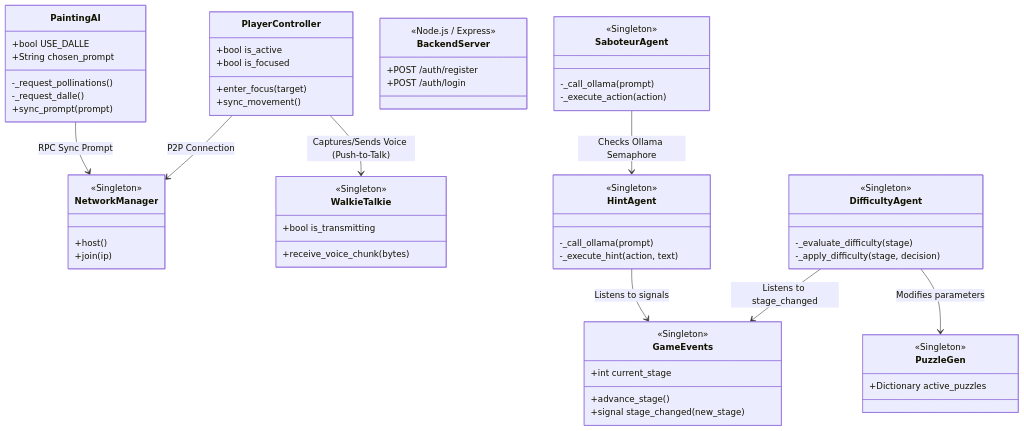
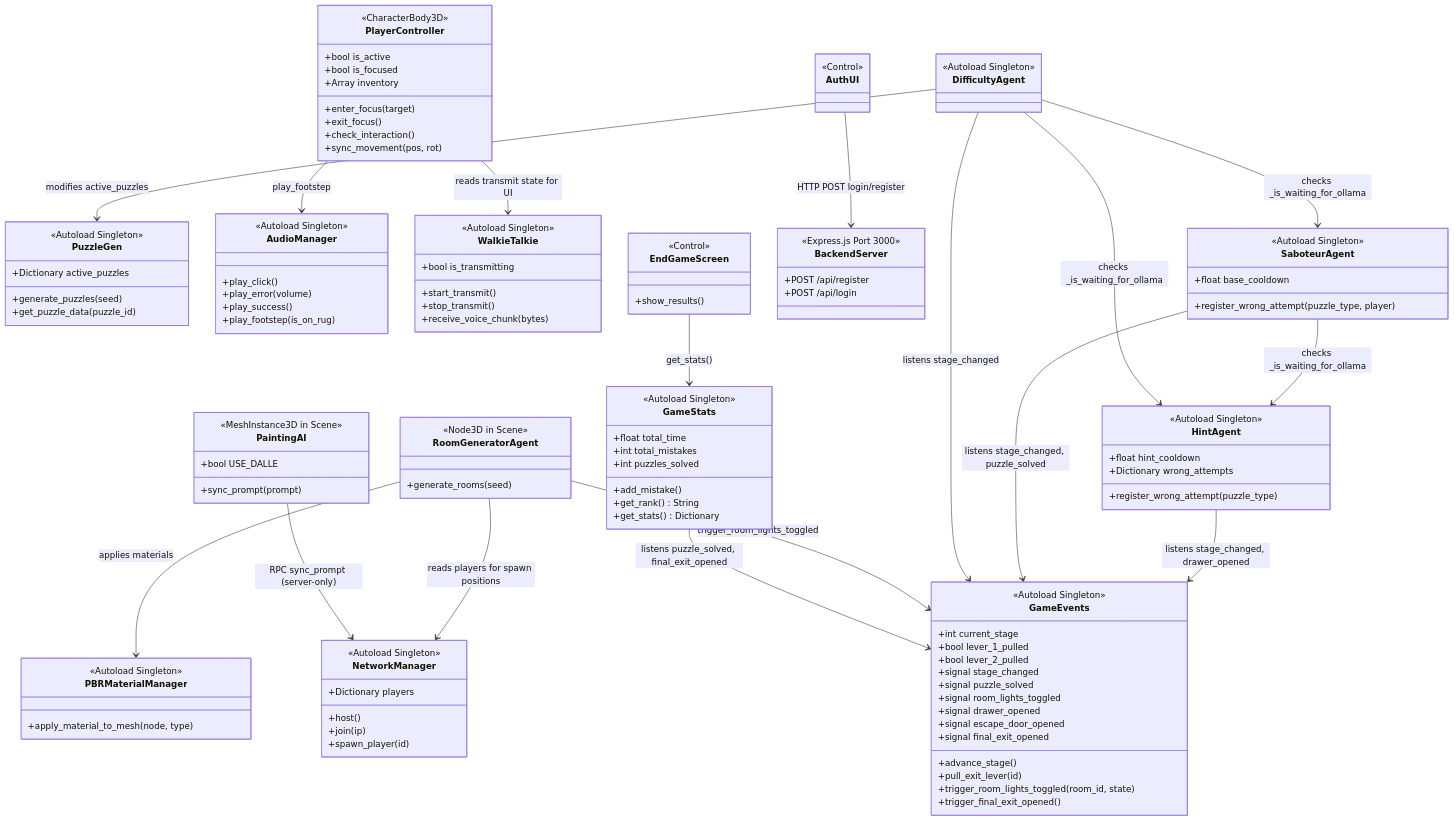
Before and after one commit to neica200/Echo-Chamber-Coop: the first of 10 diagrams in diagrame_arhitectura.md, drawn with Mermaid. The commit also changed other lines of this file, not shown here.

Commit message:
update diagrams

````diff
--- a/diagrame_arhitectura.md
+++ b/diagrame_arhitectura.md
@@ -5,73 +5,136 @@
 ```mermaid
 classDiagram
     class GameEvents {
-        <<Singleton>>
+        <<Autoload Singleton>>
         +int current_stage
+        +bool lever_1_pulled
+        +bool lever_2_pulled
         +advance_stage()
-        +signal stage_changed(new_stage)
+        +pull_exit_lever(id)
+        +trigger_room_lights_toggled(room_id, state)
+        +trigger_final_exit_opened()
+        +signal stage_changed
+        +signal puzzle_solved
+        +signal room_lights_toggled
+        +signal drawer_opened
+        +signal escape_door_opened
+        +signal final_exit_opened
     }
 
     class PuzzleGen {
-        <<Singleton>>
+        <<Autoload Singleton>>
         +Dictionary active_puzzles
+        +generate_puzzles(seed)
+        +get_puzzle_data(puzzle_id)
+    }
+
+    class GameStats {
+        <<Autoload Singleton>>
+        +float total_time
+        +int total_mistakes
+        +int puzzles_solved
+        +add_mistake()
+        +get_rank() String
+        +get_stats() Dictionary
+    }
+
+    class AudioManager {
+        <<Autoload Singleton>>
+        +play_click()
+        +play_error(volume)
+        +play_success()
+        +play_footstep(is_on_rug)
+    }
+
+    class PBRMaterialManager {
+        <<Autoload Singleton>>
+        +apply_material_to_mesh(node, type)
     }
 
     class NetworkManager {
-        <<Singleton>>
+        <<Autoload Singleton>>
+        +Dictionary players
         +host()
         +join(ip)
+        +spawn_player(id)
     }
-    
+
     class WalkieTalkie {
-        <<Singleton>>
+        <<Autoload Singleton>>
         +bool is_transmitting
+        +start_transmit()
+        +stop_transmit()
         +receive_voice_chunk(bytes)
     }
 
+    class HintAgent {
+        <<Autoload Singleton>>
+        +float hint_cooldown
+        +Dictionary wrong_attempts
+        +register_wrong_attempt(puzzle_type)
+    }
+
+    class SaboteurAgent {
+        <<Autoload Singleton>>
+        +float base_cooldown
+        +register_wrong_attempt(puzzle_type, player)
+    }
+
+    class DifficultyAgent {
+        <<Autoload Singleton>>
+    }
+
+    class RoomGeneratorAgent {
+        <<Node3D in Scene>>
+        +generate_rooms(seed)
+    }
+
     class PaintingAI {
+        <<MeshInstance3D in Scene>>
         +bool USE_DALLE
-        +String chosen_prompt
-        -_request_pollinations()
-        -_request_dalle()
         +sync_prompt(prompt)
     }
 
-    class HintAgent {
-        <<Singleton>>
-        -_call_ollama(prompt)
-        -_execute_hint(action, text)
-    }
-
-    class SaboteurAgent {
-        <<Singleton>>
-        -_call_ollama(prompt)
-        -_execute_action(action)
-    }
-
-    class DifficultyAgent {
-        <<Singleton>>
-        -_evaluate_difficulty(stage)
-        -_apply_difficulty(stage, decision)
+    class PlayerController {
+        <<CharacterBody3D>>
+        +bool is_active
+        +bool is_focused
+        +Array inventory
+        +enter_focus(target)
+        +exit_focus()
+        +check_interaction()
+        +sync_movement(pos, rot)
     }
 
     class BackendServer {
-        <<Node.js / Express>>
-        +POST /auth/register
-        +POST /auth/login
+        <<Express.js Port 3000>>
+        +POST /api/register
+        +POST /api/login
     }
 
-    class PlayerController {
-        +bool is_active
-        +bool is_focused
-        +enter_focus(target)
-        +sync_movement()
+    class AuthUI {
+        <<Control>>
     }
 
-    PlayerController --> NetworkManager : P2P Connection
-    PlayerController --> WalkieTalkie : Captures/Sends Voice (Push-to-Talk)
-    PaintingAI --> NetworkManager : RPC Sync Prompt
-    HintAgent --> GameEvents : Listens to signals
-    SaboteurAgent --> HintAgent : Checks Ollama Semaphore
-    DifficultyAgent --> GameEvents : Listens to stage_changed
-    DifficultyAgent --> PuzzleGen : Modifies parameters
+    class EndGameScreen {
+        <<Control>>
+        +show_results()
+    }
+
+    HintAgent --> GameEvents : listens stage_changed, drawer_opened
+    SaboteurAgent --> GameEvents : listens stage_changed, puzzle_solved
+    SaboteurAgent --> HintAgent : checks _is_waiting_for_ollama
+    DifficultyAgent --> GameEvents : listens stage_changed
+    DifficultyAgent --> HintAgent : checks _is_waiting_for_ollama
+    DifficultyAgent --> SaboteurAgent : checks _is_waiting_for_ollama
+    DifficultyAgent --> PuzzleGen : modifies active_puzzles
+    PlayerController --> AudioManager : play_footstep
+    PlayerController --> WalkieTalkie : reads transmit state for UI
+    RoomGeneratorAgent --> NetworkManager : reads players for spawn positions
+    RoomGeneratorAgent --> PBRMaterialManager : applies materials
+    RoomGeneratorAgent --> GameEvents : trigger_room_lights_toggled
+    PaintingAI --> NetworkManager : RPC sync_prompt (server-only)
+    GameStats --> GameEvents : listens puzzle_solved, final_exit_opened
+    EndGameScreen --> GameStats : get_stats()
+    AuthUI --> BackendServer : HTTP POST login/register
 ```
````
